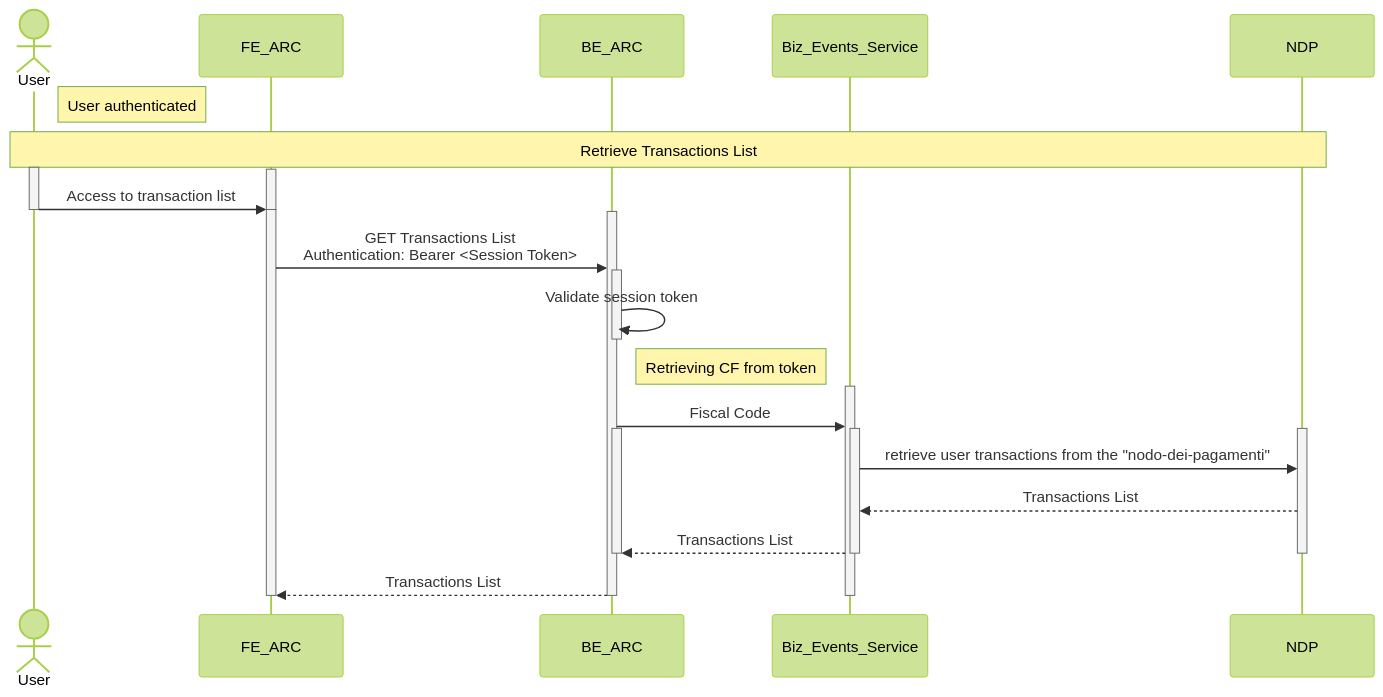
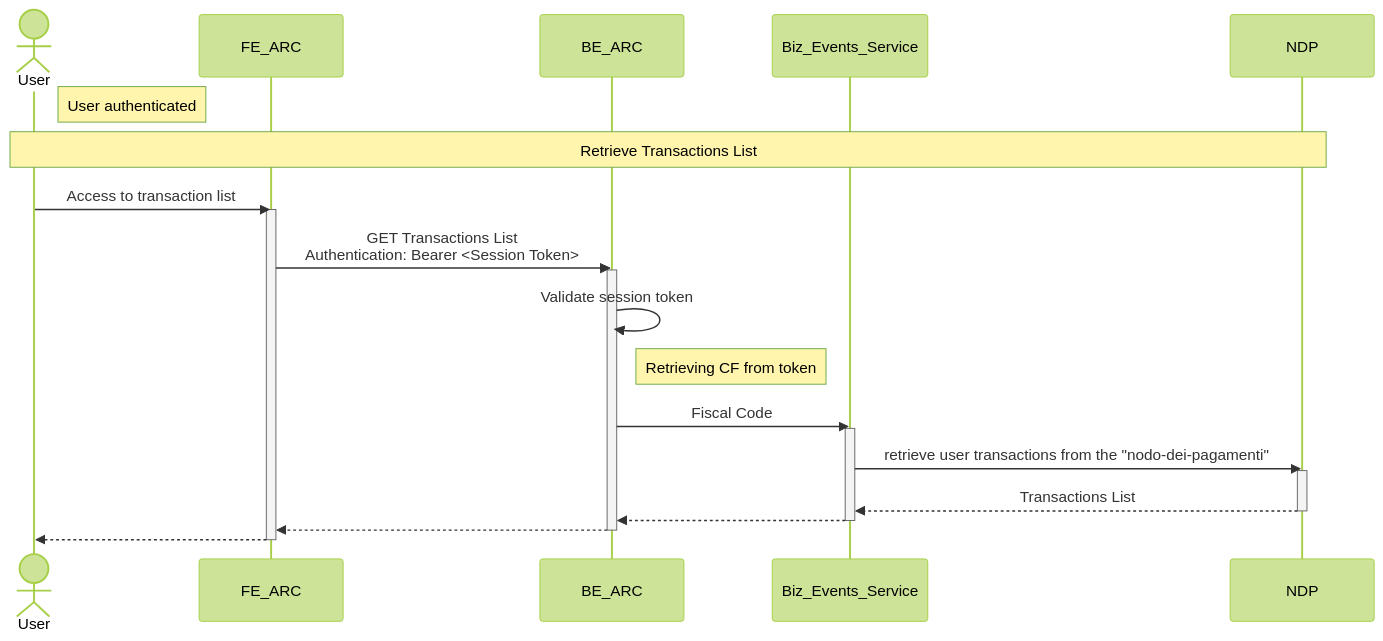
One commit to pagopa/p4pa-doc changed the diagram in design/arc/sequence_diagram_transactionsList.mmd. Above: the diagram before and after it, drawn with Mermaid (forest theme). The commit also changed 2 other files, not shown here.

Commit message:
P4PU-64 updated sequence diagrams

```diff
--- a/design/arc/sequence_diagram_transactionsList.mmd
+++ b/design/arc/sequence_diagram_transactionsList.mmd
@@ -1,36 +1,27 @@
 sequenceDiagram
 actor User
 participant FE_ARC
 participant BE_ARC
 participant Biz_Events_Service
 participant NDP
 
 note right of User: User authenticated
 note over User, NDP : Retrieve Transactions List
-    activate User
+    User ->> FE_ARC : Access to transaction list
     activate FE_ARC
-        User ->> FE_ARC : Access to transaction list
-    deactivate User
+        FE_ARC ->> BE_ARC : GET Transactions List <br> Authentication: Bearer <Session Token>
+        activate BE_ARC
+            BE_ARC ->> BE_ARC : Validate session token
+            note right of BE_ARC : Retrieving CF from token
+            BE_ARC ->> Biz_Events_Service : Fiscal Code
+            activate Biz_Events_Service
+                Biz_Events_Service ->> NDP: retrieve user transactions from the "nodo-dei-pagamenti"
+                activate NDP
+                    NDP -->> Biz_Events_Service : Transactions List
+                deactivate NDP
+                Biz_Events_Service -->> BE_ARC : #
+            deactivate Biz_Events_Service
+            BE_ARC -->> FE_ARC : #
+        deactivate BE_ARC
+        FE_ARC -->> User: #
     deactivate FE_ARC
-    activate FE_ARC
-    activate BE_ARC
-        FE_ARC ->> BE_ARC : GET Transactions List <br> Authentication: Bearer <Session Token>
-    activate BE_ARC
-        BE_ARC ->> BE_ARC : Validate session token
-    deactivate BE_ARC
-note right of BE_ARC : Retrieving CF from token
-     activate Biz_Events_Service
-        BE_ARC ->> Biz_Events_Service : Fiscal Code
-    activate NDP
-    activate BE_ARC
-    activate Biz_Events_Service
-        Biz_Events_Service ->> NDP: retrieve user transactions from the "nodo-dei-pagamenti"
-        NDP -->> Biz_Events_Service : Transactions List
-        Biz_Events_Service -->> BE_ARC : Transactions List
-    deactivate Biz_Events_Service
-    deactivate BE_ARC
-    deactivate NDP
-        BE_ARC -->> FE_ARC : Transactions List
-    deactivate BE_ARC
-    deactivate FE_ARC
-    deactivate Biz_Events_Service
```
